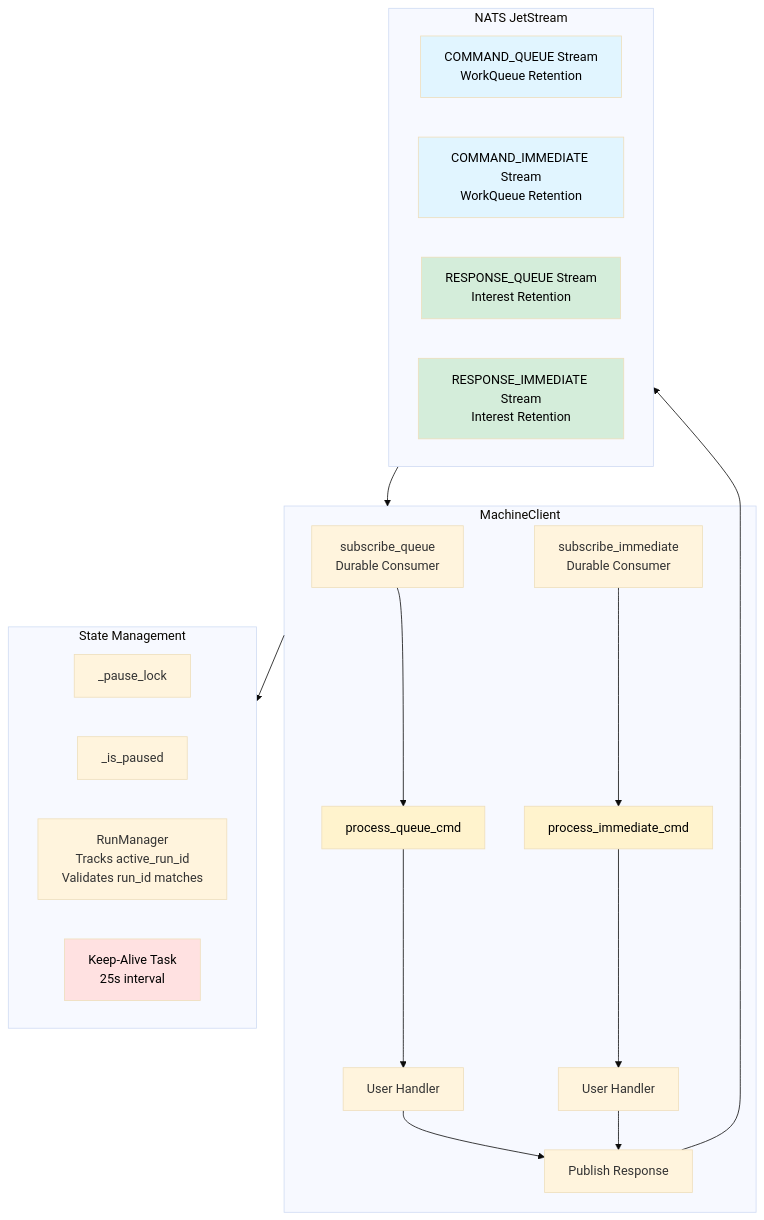
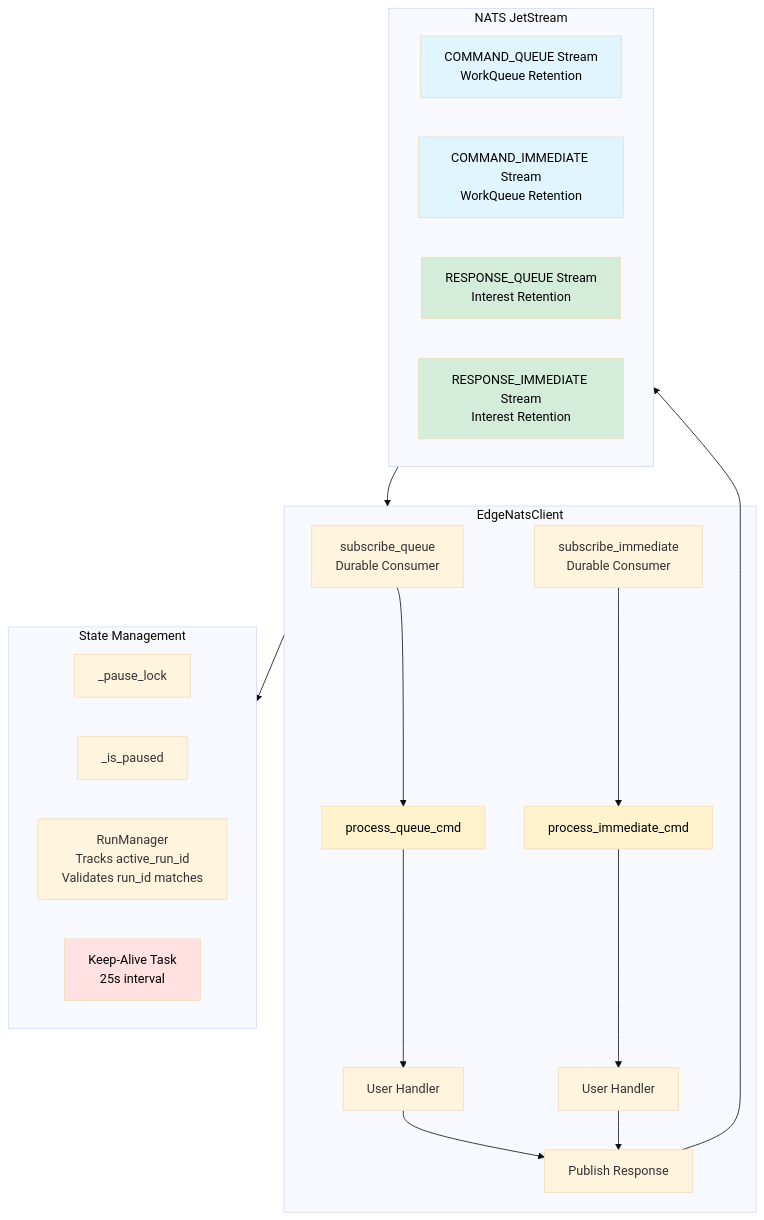
Before and after one commit to PUDAP/puda: the fourth of 4 diagrams in libs/comms/docs/machine_client_diagram.md, drawn with Mermaid (base theme). The commit also changed other lines of this file and 12 other files, not shown here.

First line of the commit message:
refactor(comms): new edge runner to abstract machine edge client

````diff
--- a/libs/comms/docs/machine_client_diagram.md
+++ b/libs/comms/docs/machine_client_diagram.md
@@ -162,42 +162,42 @@
 ```mermaid
 flowchart TB
     subgraph NATS["NATS JetStream"]
         QueueStream[COMMAND_QUEUE Stream<br/>WorkQueue Retention]
         ImmediateStream[COMMAND_IMMEDIATE Stream<br/>WorkQueue Retention]
         ResponseQueue[RESPONSE_QUEUE Stream<br/>Interest Retention]
         ResponseImmediate[RESPONSE_IMMEDIATE Stream<br/>Interest Retention]
     end
     
-    subgraph Client["MachineClient"]
+    subgraph Client["EdgeNatsClient"]
         QueueSub[subscribe_queue<br/>Durable Consumer]
         ImmediateSub[subscribe_immediate<br/>Durable Consumer]
         
         QueueSub --> ProcessQueue[process_queue_cmd]
         ImmediateSub --> ProcessImmediate[process_immediate_cmd]
         
         ProcessQueue --> QueueHandler[User Handler]
         ProcessImmediate --> ImmediateHandler[User Handler]
         
         QueueHandler --> ResponsePub[Publish Response]
         ImmediateHandler --> ResponsePub
     end
     
     subgraph State["State Management"]
         PauseLock[_pause_lock]
         IsPaused[_is_paused]
         RunManager[RunManager<br/>Tracks active_run_id<br/>Validates run_id matches]
         KeepAliveTask[Keep-Alive Task<br/>25s interval]
     end
     
     NATS --> Client
     Client --> State
     ResponsePub --> NATS
     
     style QueueStream fill:#e1f5ff,color:#000000
     style ImmediateStream fill:#e1f5ff,color:#000000
     style ResponseQueue fill:#d4edda,color:#000000
     style ResponseImmediate fill:#d4edda,color:#000000
     style ProcessQueue fill:#fff3cd,color:#000000
     style ProcessImmediate fill:#fff3cd,color:#000000
     style KeepAliveTask fill:#ffe1e1,color:#000000
 ```
````
